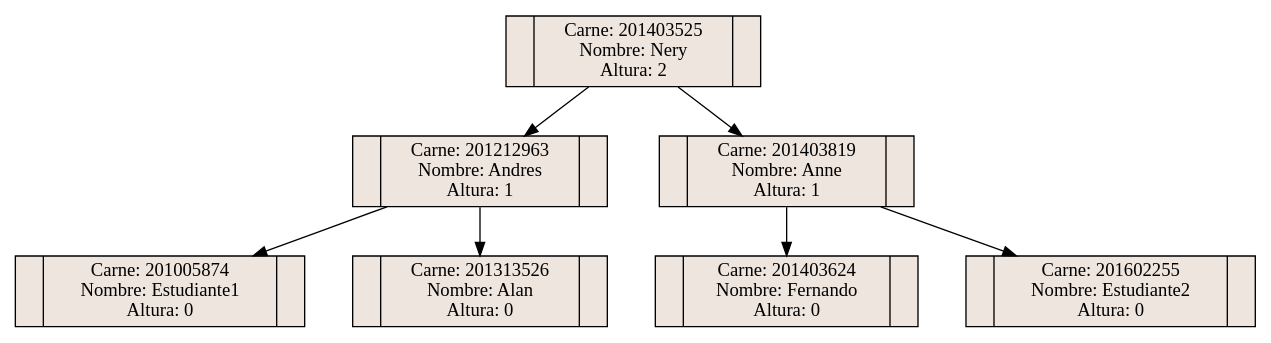
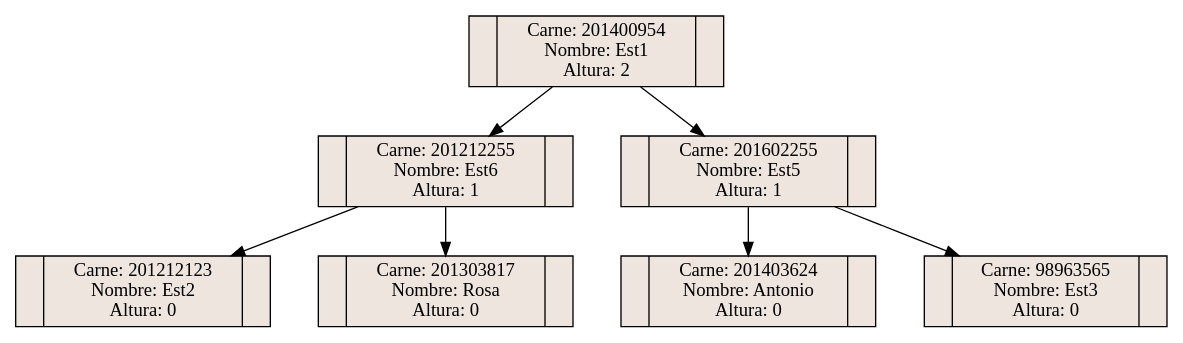
The diagram in Practica2/venv/Include/ArbolAVL.dot (Eduardo01004/EDD_2S2019_P2_201612124), drawn with Graphviz before and after one commit. The commit also changed 15 other files, not shown here.

```diff
--- a/Practica2/venv/Include/ArbolAVL.dot
+++ b/Practica2/venv/Include/ArbolAVL.dot
@@ -1,18 +1,18 @@
 digraph ArbolAVL{
  rankdir=TB;
  graph [splines=compound, nodesep=0.5];
 node [shape = record, style=filled, fillcolor=seashell2,width=0.7,height=0.2];
-201005874[label="<C0>|Carne: 201005874&#92;n Nombre: Estudiante1&#92;n Altura: 0|<C1>"];
-201212963[label="<C0>|Carne: 201212963&#92;n Nombre: Andres&#92;n Altura: 1|<C1>"];
-201212963->201313526
-201212963->201005874
-201313526[label="<C0>|Carne: 201313526&#92;n Nombre: Alan&#92;n Altura: 0|<C1>"];
-201403525[label="<C0>|Carne: 201403525&#92;n Nombre: Nery&#92;n Altura: 2|<C1>"];
-201403525->201403819
-201403525->201212963
-201403624[label="<C0>|Carne: 201403624&#92;n Nombre: Fernando&#92;n Altura: 0|<C1>"];
-201403819[label="<C0>|Carne: 201403819&#92;n Nombre: Anne&#92;n Altura: 1|<C1>"];
-201403819->201602255
-201403819->201403624
-201602255[label="<C0>|Carne: 201602255&#92;n Nombre: Estudiante2&#92;n Altura: 0|<C1>"];
+201212123[label="<C0>|Carne: 201212123&#92;n Nombre: Est2&#92;n Altura: 0|<C1>"];
+201212255[label="<C0>|Carne: 201212255&#92;n Nombre: Est6&#92;n Altura: 1|<C1>"];
+201212255->201303817
+201212255->201212123
+201303817[label="<C0>|Carne: 201303817&#92;n Nombre: Rosa&#92;n Altura: 0|<C1>"];
+201400954[label="<C0>|Carne: 201400954&#92;n Nombre: Est1&#92;n Altura: 2|<C1>"];
+201400954->201602255
+201400954->201212255
+201403624[label="<C0>|Carne: 201403624&#92;n Nombre: Antonio&#92;n Altura: 0|<C1>"];
+201602255[label="<C0>|Carne: 201602255&#92;n Nombre: Est5&#92;n Altura: 1|<C1>"];
+201602255->98963565
+201602255->201403624
+98963565[label="<C0>|Carne: 98963565&#92;n Nombre: Est3&#92;n Altura: 0|<C1>"];
 }
```
